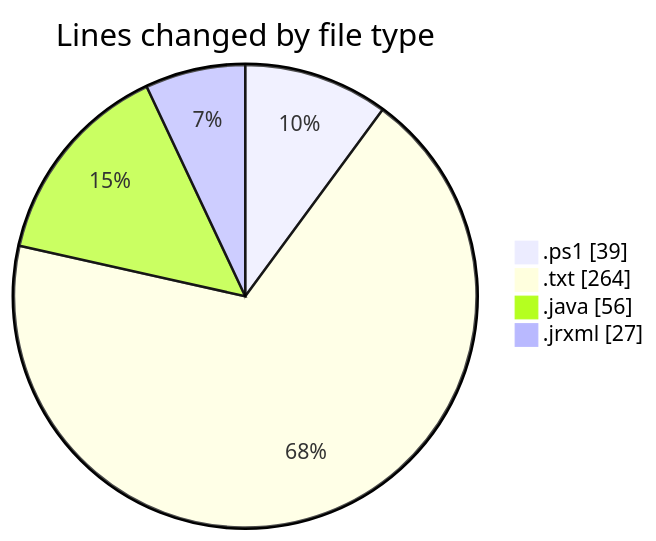
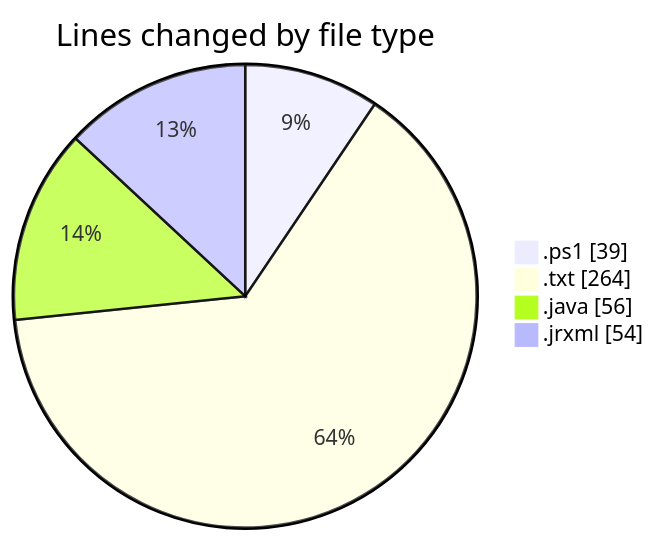
Before and after one commit to ricardozamudiocil/code-tracking: the first of 2 diagrams in 2026-03-03/cilreports__workspace_/README.md, drawn with Mermaid. The commit also changed other lines of this file and 1 other file, not shown here.

````diff
--- a/2026-03-03/cilreports__workspace_/README.md
+++ b/2026-03-03/cilreports__workspace_/README.md
@@ -25,8 +25,8 @@
 ```mermaid
 pie showData
 title Lines changed by file type
 ".ps1" : 39
 ".txt" : 264
 ".java" : 56
-".jrxml" : 27
+".jrxml" : 54
 ```
````
